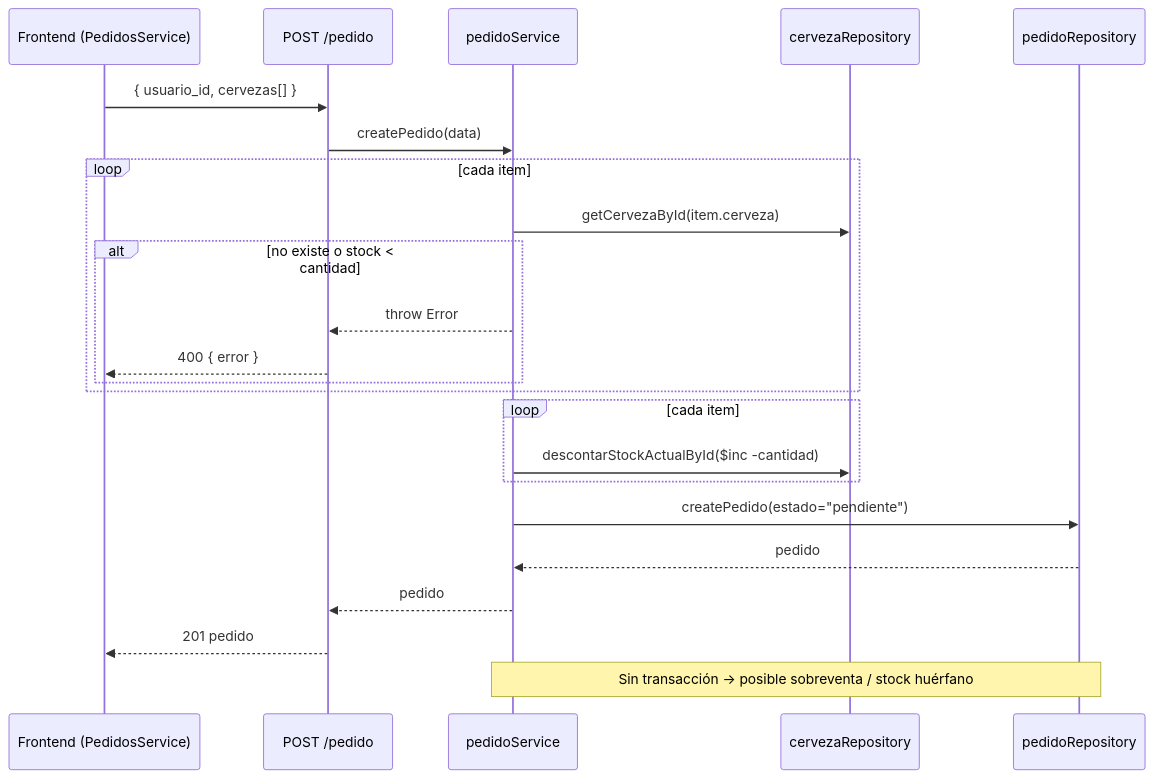
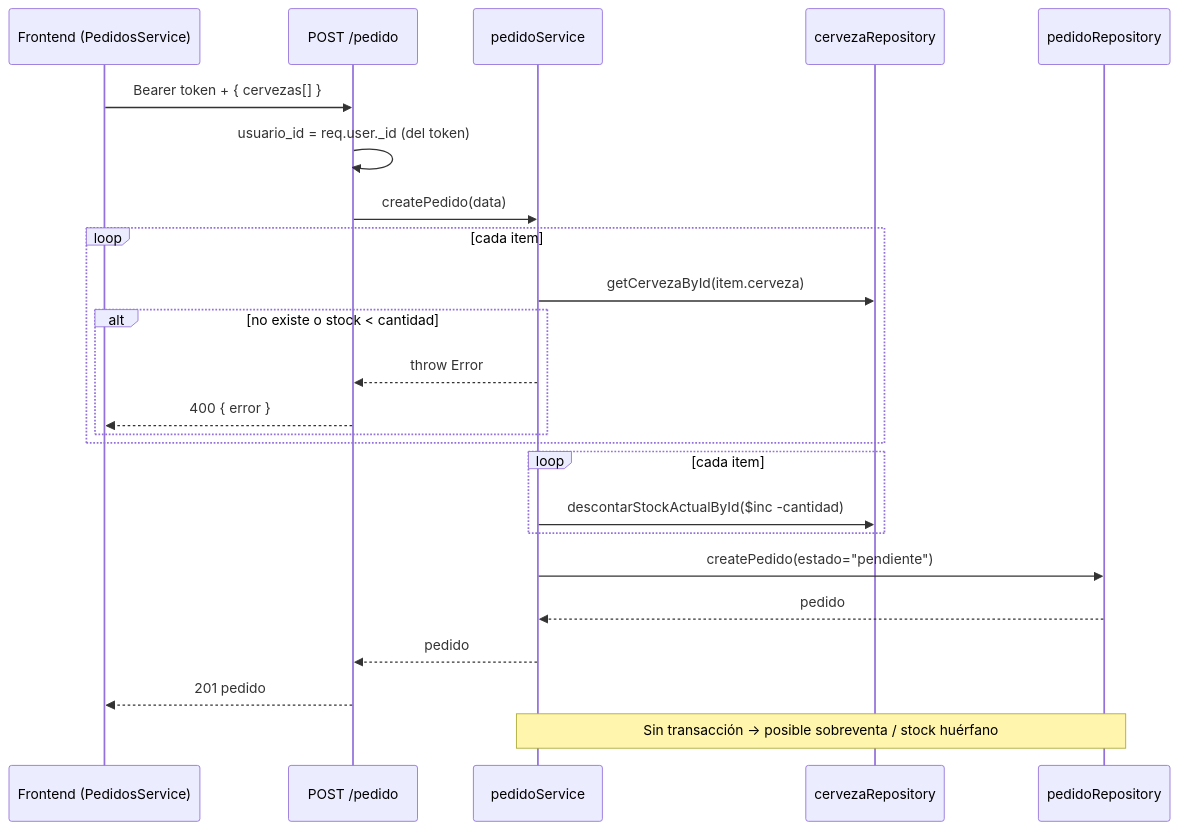
The third of 3 diagrams in docs/api/README.md (nicolasgonzalez98/tpGrupoFrontBack), drawn with Mermaid before and after one commit. The commit also changed other lines of this file and 7 other files, not shown here.

````diff
--- a/docs/api/README.md
+++ b/docs/api/README.md
@@ -361,25 +374,26 @@
 ```mermaid
 sequenceDiagram
     participant FE as Frontend (PedidosService)
     participant API as POST /pedido
     participant SVC as pedidoService
     participant CR as cervezaRepository
     participant PR as pedidoRepository
-    FE->>API: { usuario_id, cervezas[] }
+    FE->>API: Bearer token + { cervezas[] }
+    API->>API: usuario_id = req.user._id (del token)
     API->>SVC: createPedido(data)
     loop cada item
         SVC->>CR: getCervezaById(item.cerveza)
         alt no existe o stock < cantidad
             SVC-->>API: throw Error
             API-->>FE: 400 { error }
         end
     end
     loop cada item
         SVC->>CR: descontarStockActualById($inc -cantidad)
     end
     SVC->>PR: createPedido(estado="pendiente")
     PR-->>SVC: pedido
     SVC-->>API: pedido
     API-->>FE: 201 pedido
     note over SVC,PR: Sin transacción → posible sobreventa / stock huérfano
 ```
````
